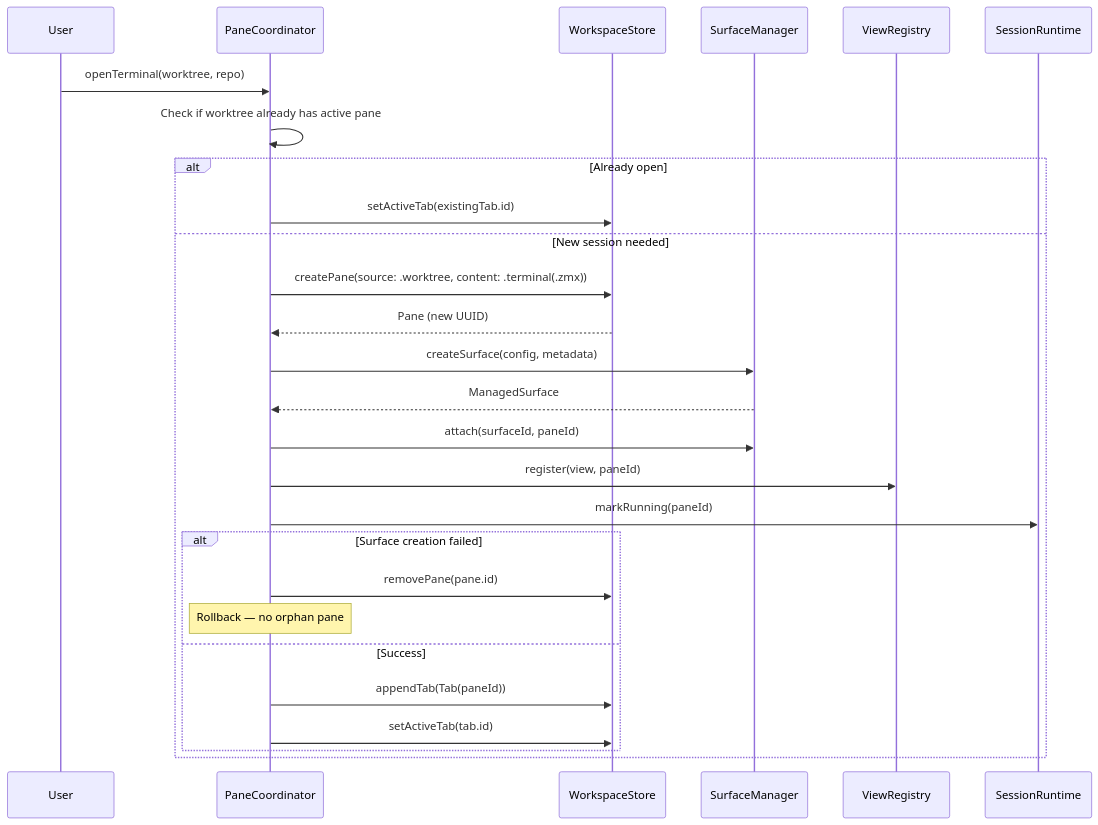
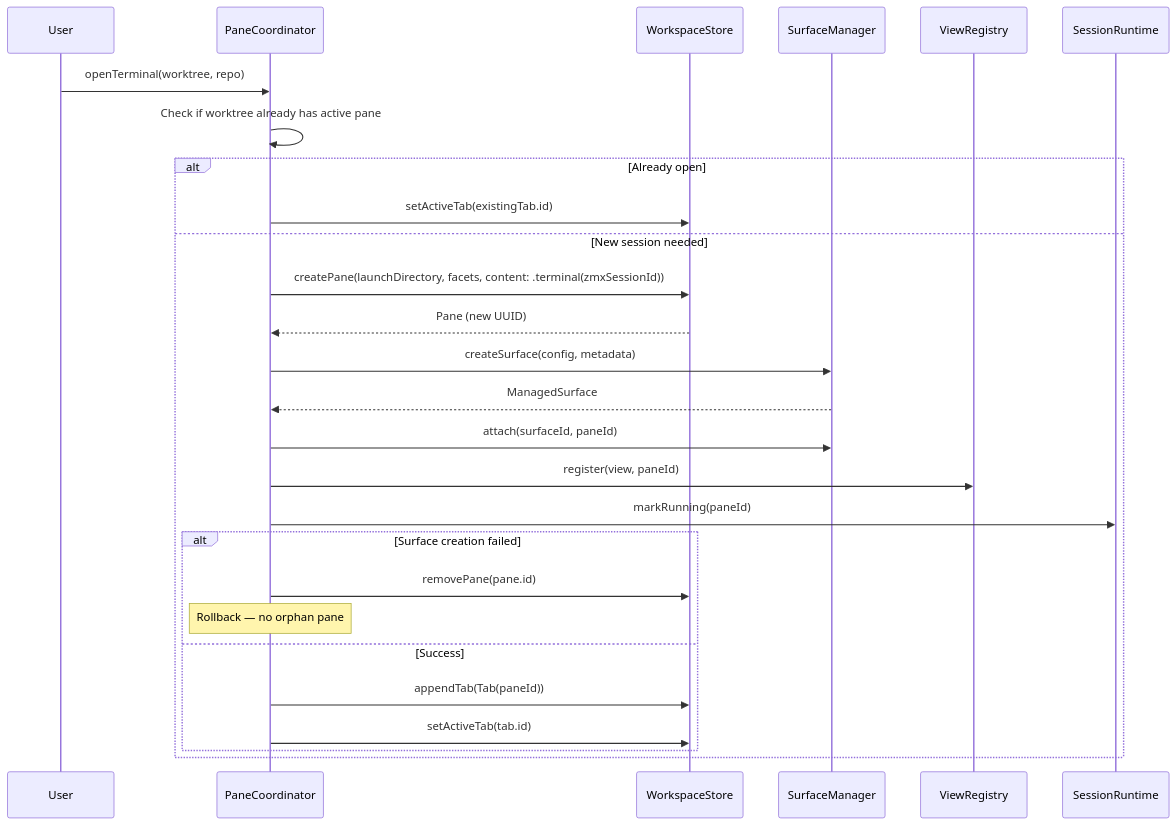
The third of 5 diagrams in docs/architecture/session_lifecycle.md (ShravanSunder/agentstudio), drawn with Mermaid before and after one commit. The commit also changed other lines of this file and 8 other files, not shown here.

````diff
--- a/docs/architecture/session_lifecycle.md
+++ b/docs/architecture/session_lifecycle.md
@@ -170,31 +177,31 @@
 ```mermaid
 sequenceDiagram
     participant User
     participant PC as PaneCoordinator
     participant Store as WorkspaceStore
     participant SM as SurfaceManager
     participant VR as ViewRegistry
     participant RT as SessionRuntime
 
     User->>PC: openTerminal(worktree, repo)
     PC->>PC: Check if worktree already has active pane
     alt Already open
         PC->>Store: setActiveTab(existingTab.id)
     else New session needed
-        PC->>Store: createPane(source: .worktree, content: .terminal(.zmx))
+        PC->>Store: createPane(launchDirectory, facets, content: .terminal(zmxSessionId))
         Store-->>PC: Pane (new UUID)
         PC->>SM: createSurface(config, metadata)
         SM-->>PC: ManagedSurface
         PC->>SM: attach(surfaceId, paneId)
         PC->>VR: register(view, paneId)
         PC->>RT: markRunning(paneId)
 
         alt Surface creation failed
             PC->>Store: removePane(pane.id)
             Note over PC: Rollback — no orphan pane
         else Success
             PC->>Store: appendTab(Tab(paneId))
             PC->>Store: setActiveTab(tab.id)
         end
     end
 ```
````
